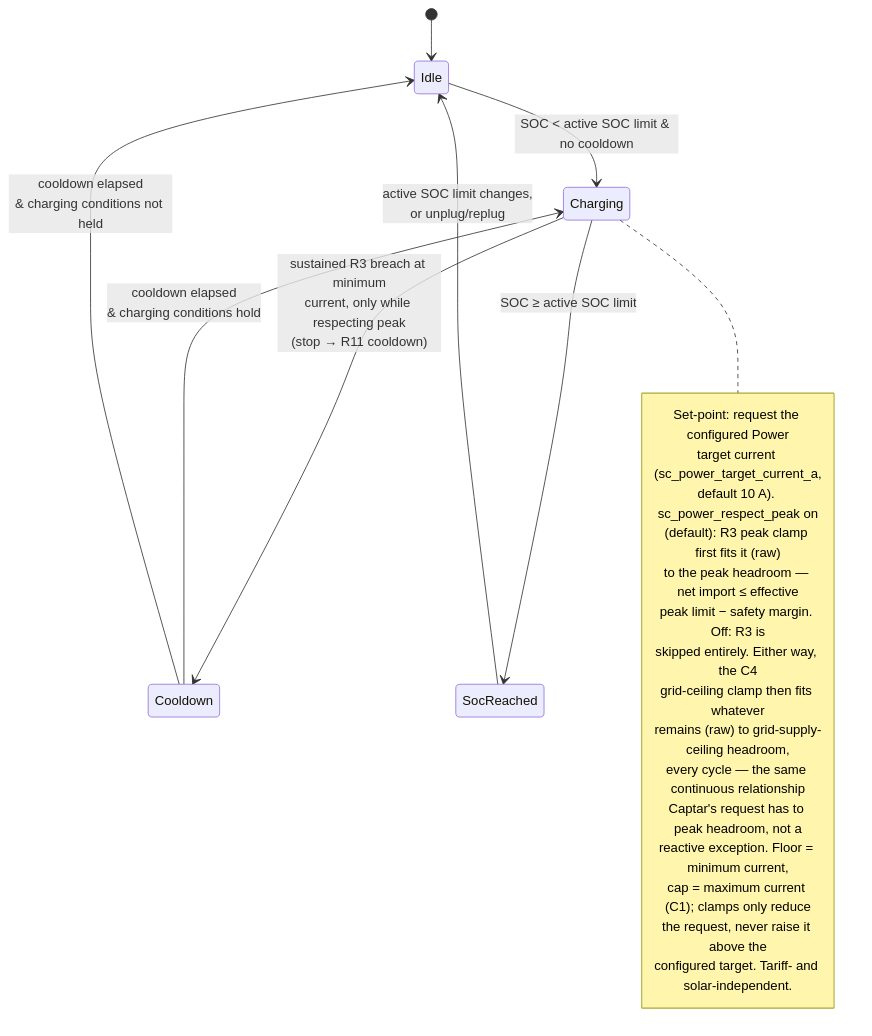
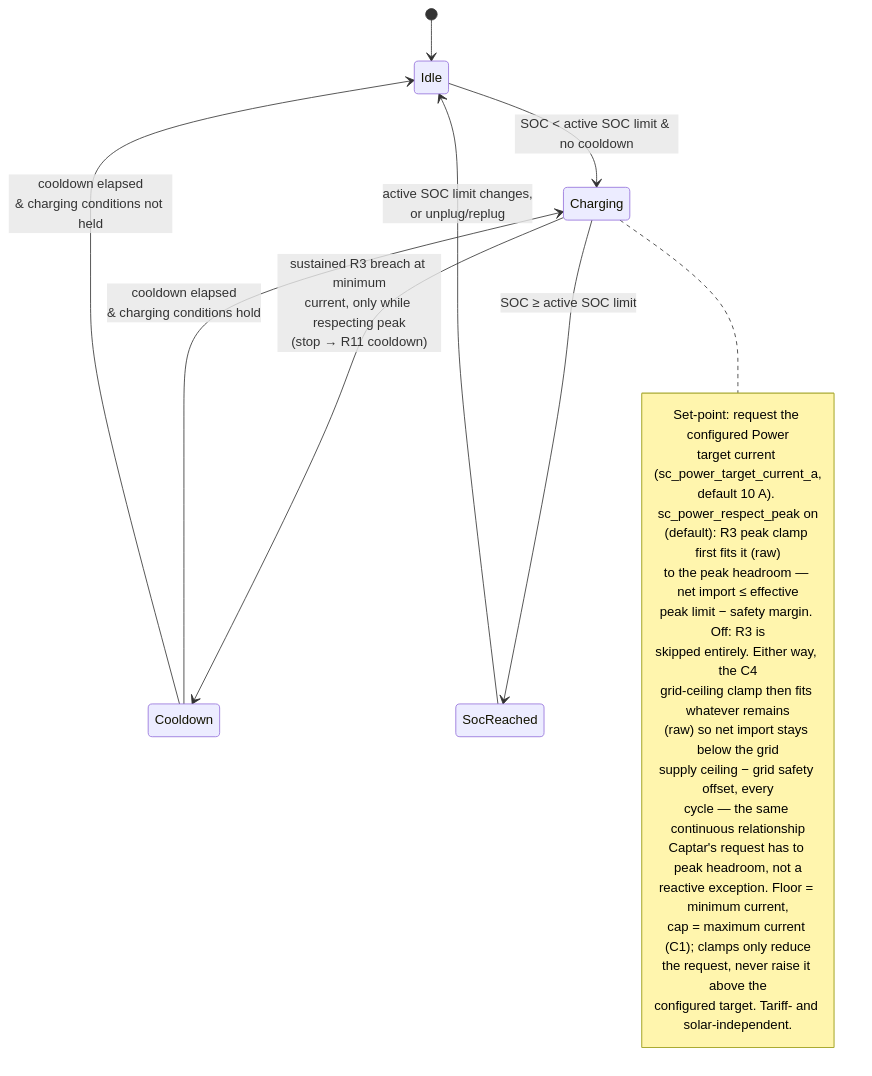
Before and after one commit to kristofdegrave/homeassistant-smart-charging: the diagram in docs/analysis/use-cases/UC04-charge-at-a-user-set-current.md, drawn with Mermaid. The commit also changed other lines of this file, not shown here.

````diff
--- a/docs/analysis/use-cases/UC04-charge-at-a-user-set-current.md
+++ b/docs/analysis/use-cases/UC04-charge-at-a-user-set-current.md
@@ -99,27 +99,28 @@
 ```mermaid
 stateDiagram-v2
     [*] --> Idle
     Idle --> Charging: SOC < active SOC limit & no cooldown
     Charging --> Cooldown: sustained R3 breach at minimum<br/>current, only while respecting peak<br/>(stop → R11 cooldown)
     Charging --> SocReached: SOC ≥ active SOC limit
     Cooldown --> Charging: cooldown elapsed<br/>& charging conditions hold
     Cooldown --> Idle: cooldown elapsed<br/>& charging conditions not held
     SocReached --> Idle: active SOC limit changes,<br/>or unplug/replug
     note right of Charging
         Set-point: request the configured Power
         target current (sc_power_target_current_a,
         default 10 A). sc_power_respect_peak on
         (default): R3 peak clamp first fits it (raw)
         to the peak headroom — net import ≤ effective
         peak limit − safety margin. Off: R3 is
         skipped entirely. Either way, the C4
-        grid-ceiling clamp then fits whatever
-        remains (raw) to grid-supply-ceiling headroom,
-        every cycle — the same continuous relationship
+        grid-ceiling clamp then fits whatever remains
+        (raw) so net import stays below the grid
+        supply ceiling − grid safety offset, every
+        cycle — the same continuous relationship
         Captar's request has to peak headroom, not a
         reactive exception. Floor = minimum current,
         cap = maximum current (C1); clamps only reduce
         the request, never raise it above the
         configured target. Tariff- and solar-independent.
     end note
 ```
````
